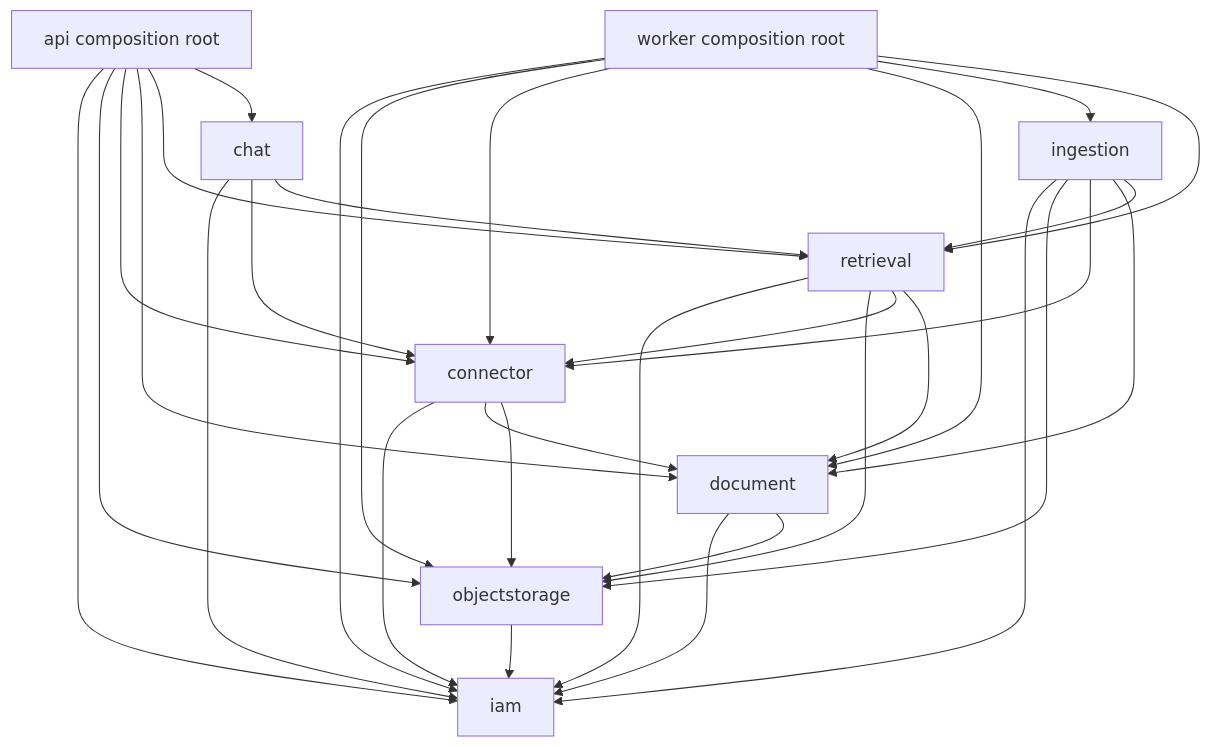
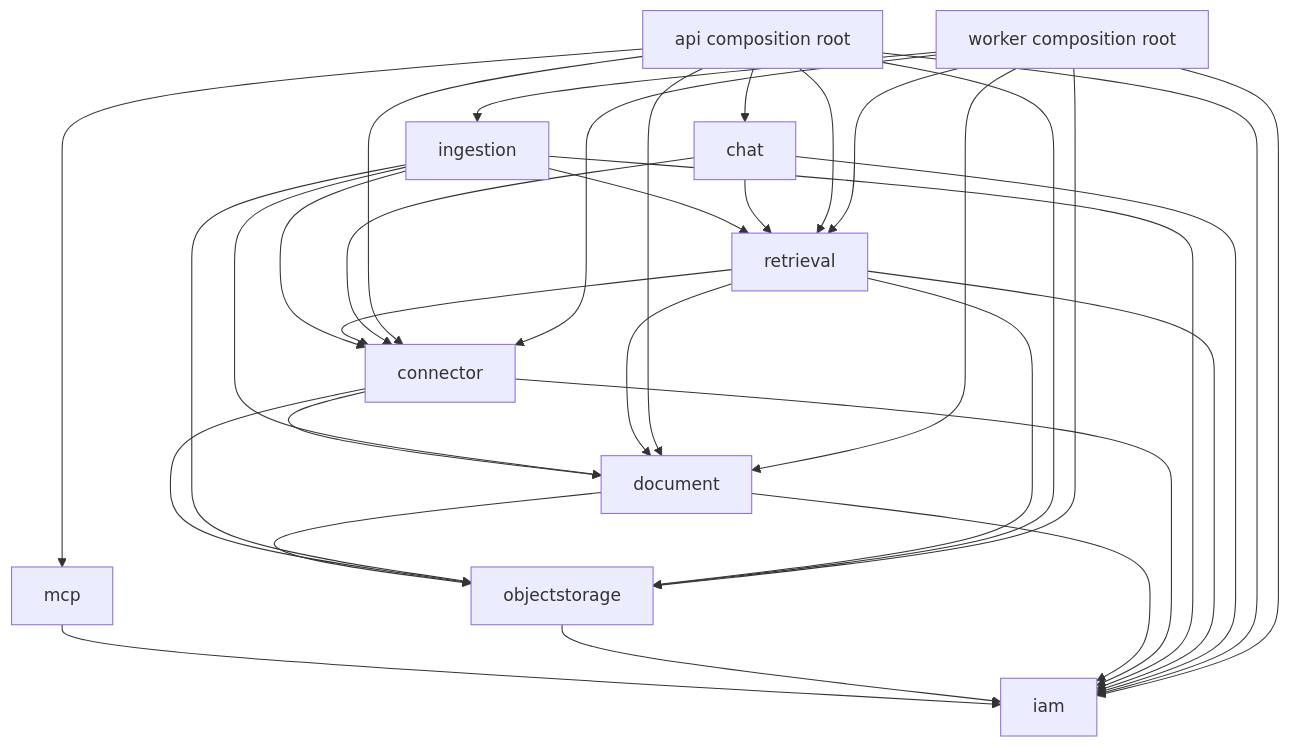
One commit to kl3inIT/MemoryOS changed the second of 6 diagrams in ARCHITECTURE.md. Above: the diagram before and after it, drawn with Mermaid. The commit also changed other lines of this file and 50 other files, not shown here.

````diff
--- a/ARCHITECTURE.md
+++ b/ARCHITECTURE.md
@@ -48,42 +48,45 @@
 ```mermaid
 flowchart TB
     IAM[iam]
     OBJ[objectstorage]
     CON[connector]
     DOC[document]
     ING[ingestion]
     RET[retrieval]
     CHAT[chat]
+    MCP[mcp]
 
+    MCP --> IAM
     OBJ --> IAM
     DOC --> IAM
     DOC --> OBJ
     CON --> IAM
     CON --> DOC
     CON --> OBJ
     ING --> IAM
     ING --> OBJ
     ING --> CON
     ING --> DOC
     ING --> RET
     RET --> IAM
     RET --> OBJ
     RET --> CON
     RET --> DOC
     CHAT --> IAM
     CHAT --> CON
     CHAT --> RET
 
     API[api composition root] --> IAM
     API --> OBJ
     API --> CON
     API --> DOC
     API --> RET
     API --> CHAT
+    API --> MCP
     WORKER[worker composition root] --> IAM
     WORKER --> OBJ
     WORKER --> CON
     WORKER --> DOC
     WORKER --> ING
     WORKER --> RET
 ```
````
